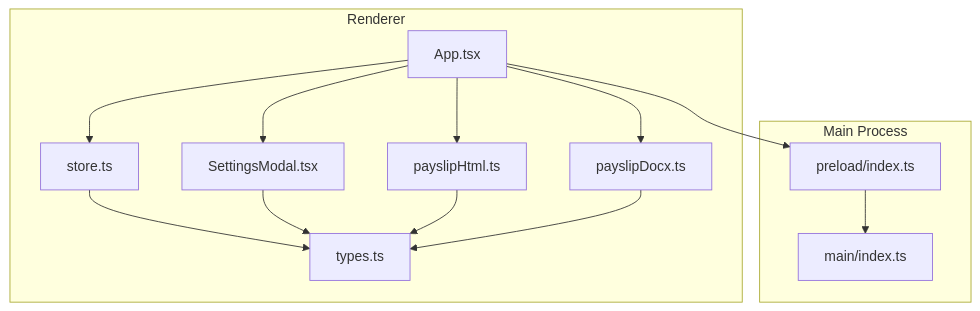
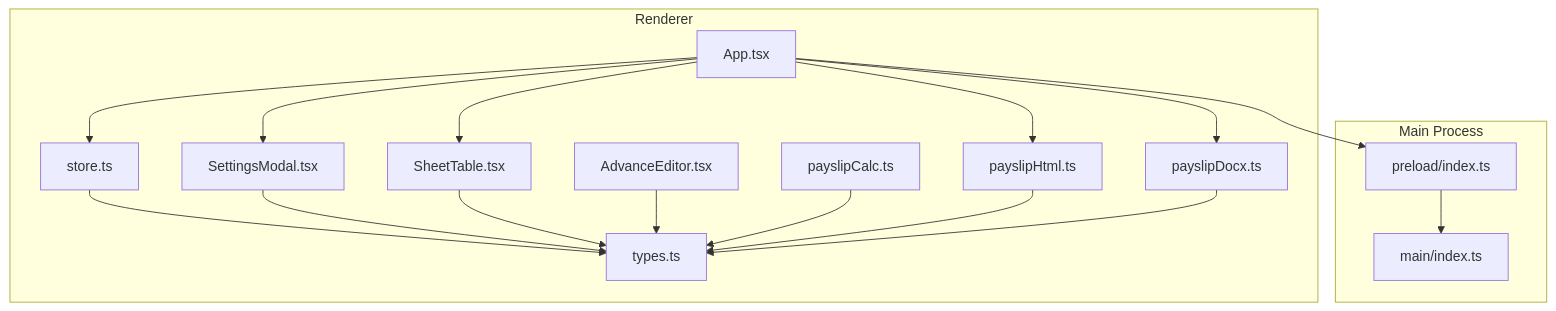
Before and after one commit to MdodoIng/salery-slip-generater: the first of 3 diagrams in .qoder/repowiki/en/content/User Guide/Settings and Customization.md, drawn with Mermaid. The commit also changed other lines of this file and 22 other files, not shown here.

First line of the commit message:
feat(payslip): centralize computation and add dated advance breakdowns

````diff
--- a/.qoder/repowiki/en/content/User Guide/Settings and Customization.md
+++ b/.qoder/repowiki/en/content/User Guide/Settings and Customization.md
@@ -49,25 +55,32 @@
 ```mermaid
 graph TB
 subgraph "Renderer"
 App["App.tsx"]
 Modal["SettingsModal.tsx"]
+Sheet["SheetTable.tsx"]
+AdvEdit["AdvanceEditor.tsx"]
 Types["types.ts"]
 Store["store.ts"]
+Calc["payslipCalc.ts"]
 Html["payslipHtml.ts"]
 Docx["payslipDocx.ts"]
 end
 subgraph "Main Process"
 Main["main/index.ts"]
 Preload["preload/index.ts"]
 end
 App --> Modal
+App --> Sheet
 App --> Html
 App --> Docx
 App --> Store
 Store --> Types
 Modal --> Types
+Sheet --> Types
+AdvEdit --> Types
+Calc --> Types
 Html --> Types
 Docx --> Types
 App --> Preload
 Preload --> Main
 ```
````
